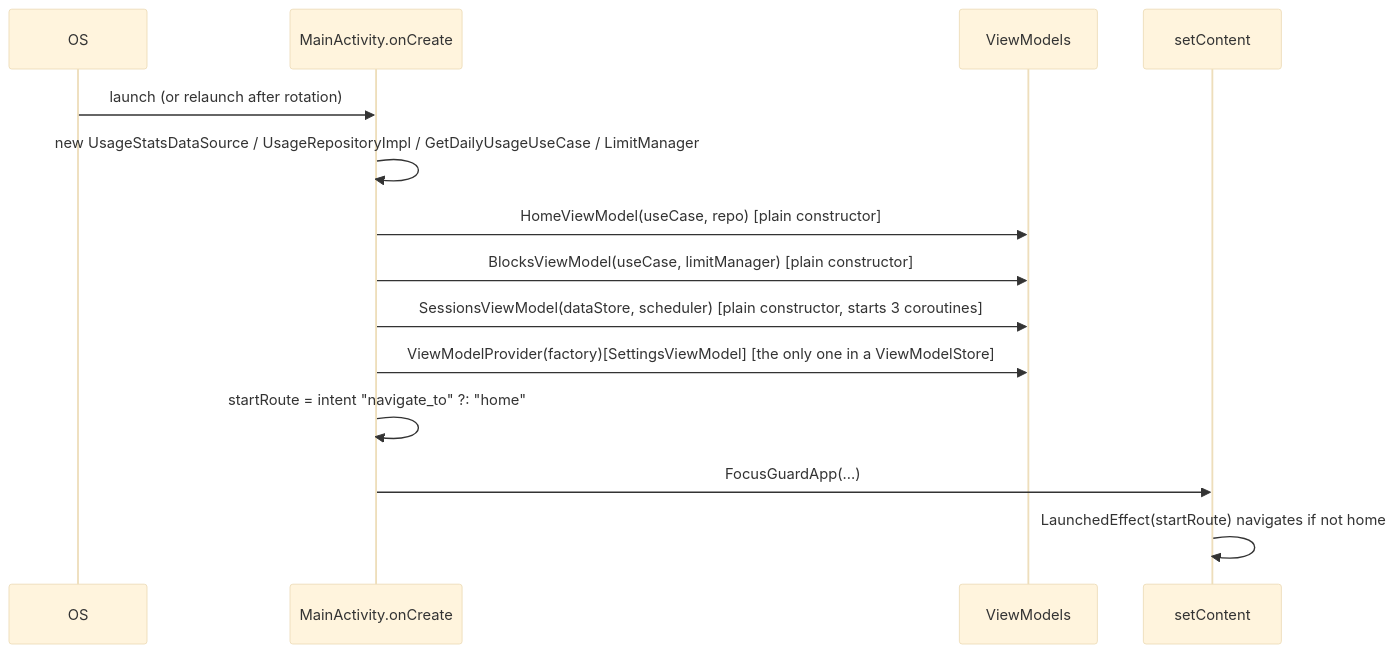
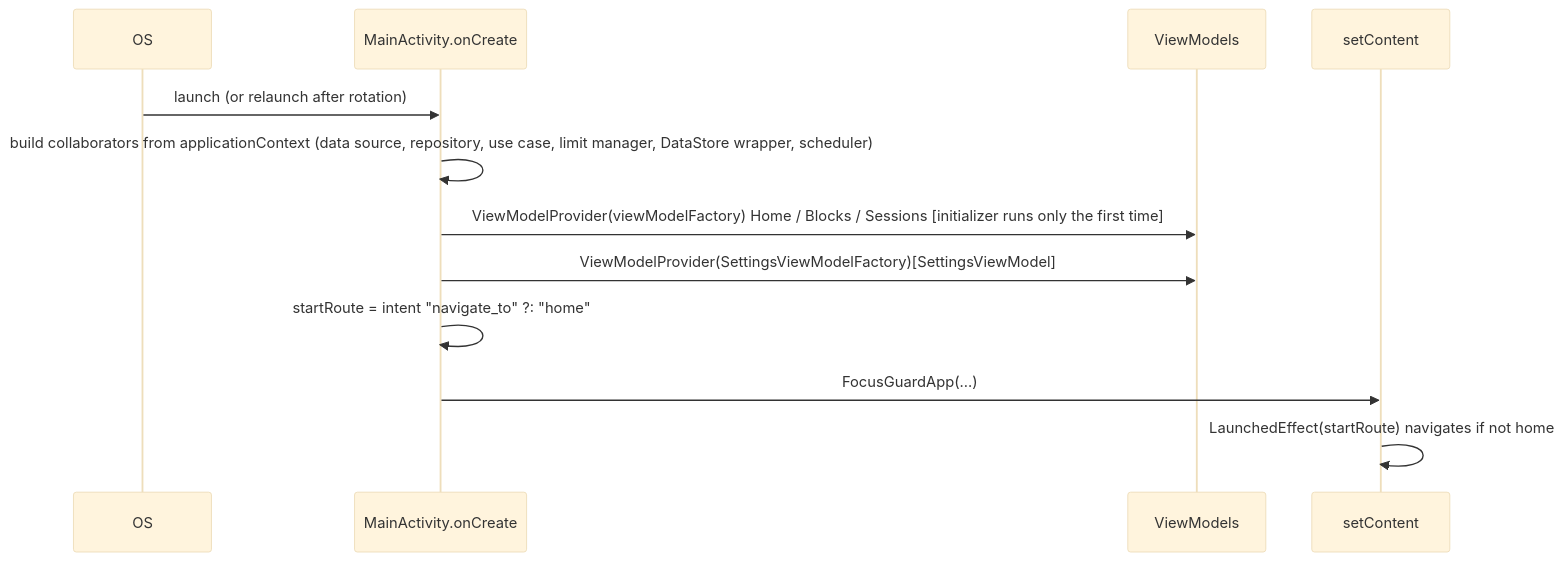
Before and after one commit to meyappan-r/FocusGuard: the second of 5 diagrams in docs/ARCHITECTURE.md, drawn with Mermaid (base theme). The commit also changed other lines of this file and 5 other files, not shown here.

````diff
--- a/docs/ARCHITECTURE.md
+++ b/docs/ARCHITECTURE.md
@@ -130,16 +132,14 @@
 ```mermaid
 sequenceDiagram
     participant OS
     participant MA as MainActivity.onCreate
     participant VM as ViewModels
     participant UI as setContent
     OS->>MA: launch (or relaunch after rotation)
-    MA->>MA: new UsageStatsDataSource / UsageRepositoryImpl / GetDailyUsageUseCase / LimitManager
-    MA->>VM: HomeViewModel(useCase, repo)  [plain constructor]
-    MA->>VM: BlocksViewModel(useCase, limitManager)  [plain constructor]
-    MA->>VM: SessionsViewModel(dataStore, scheduler)  [plain constructor, starts 3 coroutines]
-    MA->>VM: ViewModelProvider(factory)[SettingsViewModel]  [the only one in a ViewModelStore]
+    MA->>MA: build collaborators from applicationContext (data source, repository, use case, limit manager, DataStore wrapper, scheduler)
+    MA->>VM: ViewModelProvider(viewModelFactory) Home / Blocks / Sessions  [initializer runs only the first time]
+    MA->>VM: ViewModelProvider(SettingsViewModelFactory)[SettingsViewModel]
     MA->>MA: startRoute = intent "navigate_to" ?: "home"
     MA->>UI: FocusGuardApp(...)
     UI->>UI: LaunchedEffect(startRoute) navigates if not home
 ```
````
